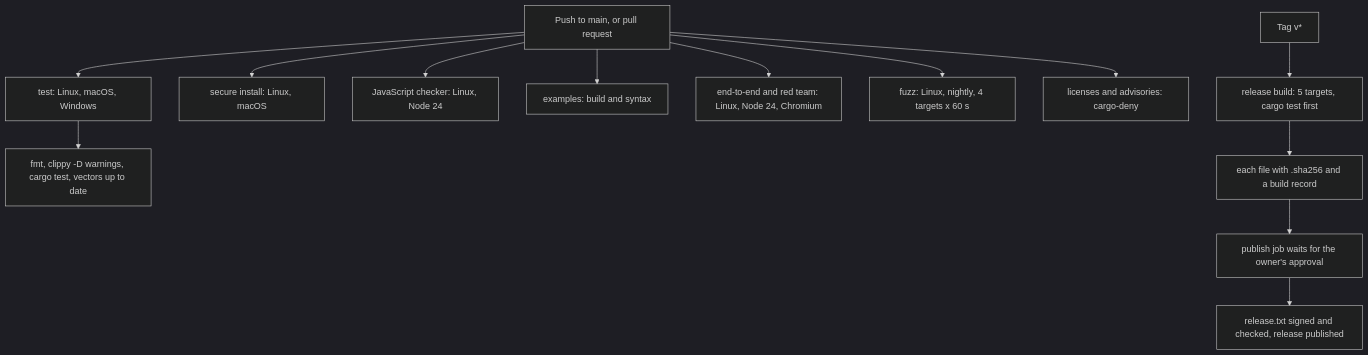
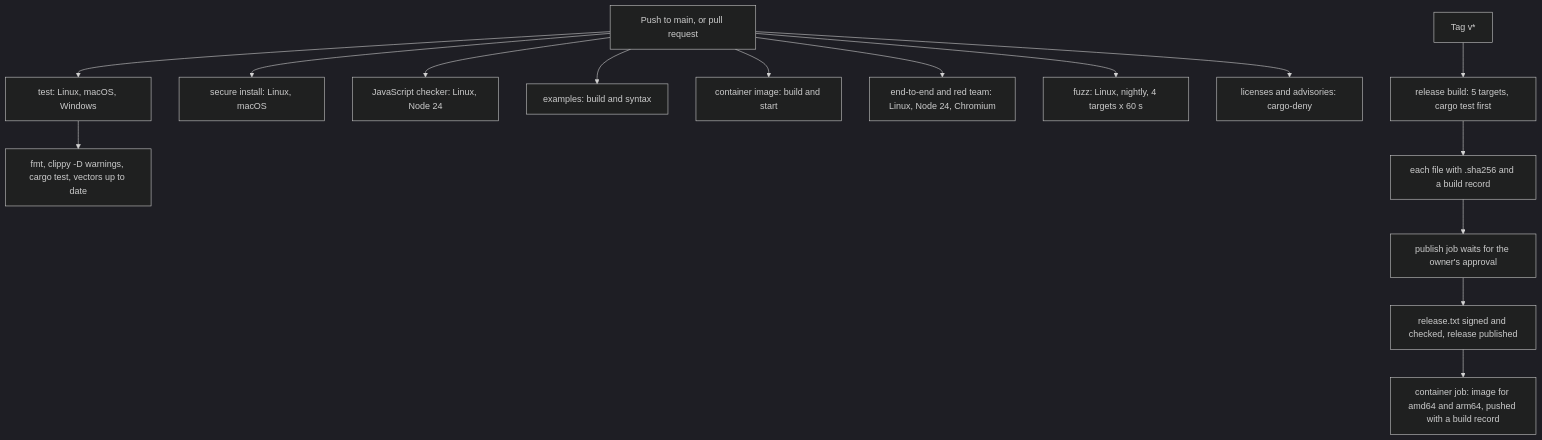
The diagram in docs/testing.md (Phygital-Key/phygital-key), drawn with Mermaid (dark theme) before and after one commit. The commit also changed other lines of this file and 8 other files, not shown here.

Commit message:
Docs: container image across getting started, reference, FAQ, testing, contributing, security, threat model, architecture, AGENTS

````diff
--- a/docs/testing.md
+++ b/docs/testing.md
@@ -386,15 +402,17 @@
 ```mermaid
 flowchart TD
   T["Push to main, or pull request"] --> J1["test: Linux, macOS, Windows"]
   T --> J2["secure install: Linux, macOS"]
   T --> J3["JavaScript checker: Linux, Node 24"]
   T --> J7["examples: build and syntax"]
+  T --> J8["container image: build and start"]
   T --> J4["end-to-end and red team: Linux, Node 24, Chromium"]
   T --> J5["fuzz: Linux, nightly, 4 targets x 60 s"]
   T --> J6["licenses and advisories: cargo-deny"]
   J1 --> S1["fmt, clippy -D warnings, cargo test, vectors up to date"]
   Tag["Tag v*"] --> RB["release build: 5 targets, cargo test first"]
   RB --> RD["each file with .sha256 and a build record"]
   RD --> SG["publish job waits for the owner's approval"]
   SG --> RP["release.txt signed and checked, release published"]
+  RP --> RC["container job: image for amd64 and arm64, pushed with a build record"]
 ```
````
